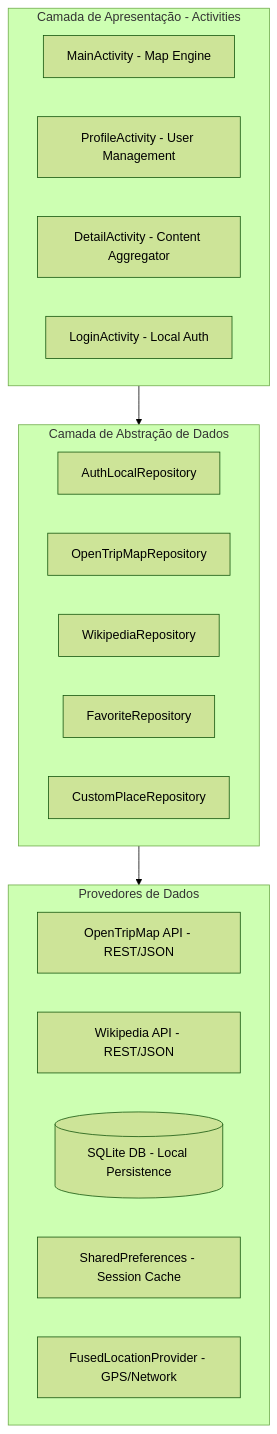
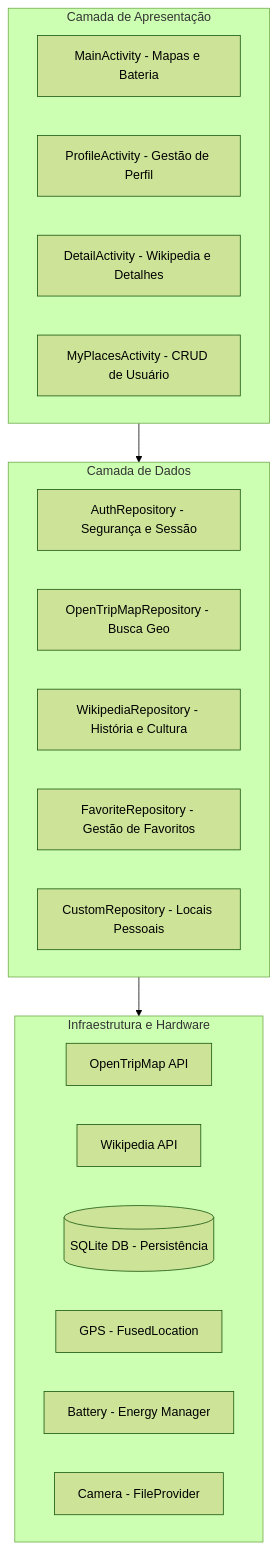
The first of 2 diagrams in README.md (Kaioguilherme1/RoraiTour), drawn with Mermaid (forest theme) before and after one commit. The commit also changed other lines of this file and 1 other file, not shown here.

Commit message:
docs: improve README with detailed tech stack, library descriptions and architecture

````diff
--- a/README.md
+++ b/README.md
@@ -13,28 +12,29 @@
 ```mermaid
 graph TD
-    subgraph UI_Layer [Camada de Apresentação - Activities]
-        MA[MainActivity - Map Engine]
-        PA[ProfileActivity - User Management]
-        DA[DetailActivity - Content Aggregator]
-        LA[LoginActivity - Local Auth]
+    subgraph UI_Layer [Camada de Apresentação]
+        MA[MainActivity - Mapas e Bateria]
+        PA[ProfileActivity - Gestão de Perfil]
+        DA[DetailActivity - Wikipedia e Detalhes]
+        MPA[MyPlacesActivity - CRUD de Usuário]
     end
 
-    subgraph Repository_Layer [Camada de Abstração de Dados]
-        AR[AuthLocalRepository]
-        OTMR[OpenTripMapRepository]
-        WR[WikipediaRepository]
-        FR[FavoriteRepository]
-        CPR[CustomPlaceRepository]
+    subgraph Repository_Layer [Camada de Dados]
+        AR[AuthRepository - Segurança e Sessão]
+        OTMR[OpenTripMapRepository - Busca Geo]
+        WR[WikipediaRepository - História e Cultura]
+        FR[FavoriteRepository - Gestão de Favoritos]
+        CPR[CustomRepository - Locais Pessoais]
     end
 
-    subgraph Data_Source_Layer [Provedores de Dados]
-        REST_OTM[OpenTripMap API - REST/JSON]
-        REST_Wiki[Wikipedia API - REST/JSON]
-        SQLite[(SQLite DB - Local Persistence)]
-        Prefs[SharedPreferences - Session Cache]
-        GPS[FusedLocationProvider - GPS/Network]
+    subgraph Infrastructure [Infraestrutura e Hardware]
+        REST_OTM[OpenTripMap API]
+        REST_Wiki[Wikipedia API]
+        SQLite[(SQLite DB - Persistência)]
+        GPS[GPS - FusedLocation]
+        BAT[Battery - Energy Manager]
+        CAM[Camera - FileProvider]
     end
 
     UI_Layer --> Repository_Layer
-    Repository_Layer --> Data_Source_Layer
+    Repository_Layer --> Infrastructure
 ```
````
